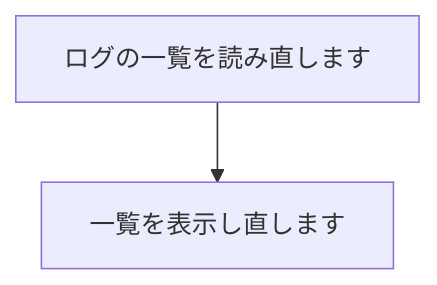
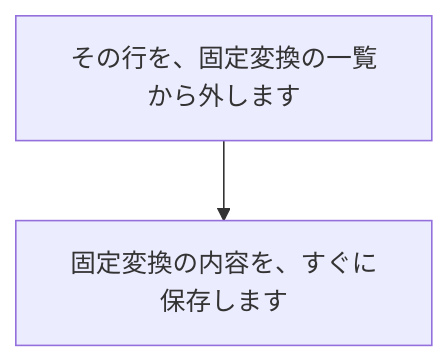
Before and after one commit to nishida2073/project_management: diagram 18 of 33 in tool/smstokintone/doc/02_設計/処理フロー.md, drawn with Mermaid. The commit also changed other lines of this file and 5 other files, not shown here.

````diff
--- a/tool/smstokintone/doc/02_設計/処理フロー.md
+++ b/tool/smstokintone/doc/02_設計/処理フロー.md
@@ -236,4 +311,4 @@
 ```mermaid
 flowchart TD
-  A[ログの一覧を読み直します] --> B[一覧を表示し直します]
+  A["その行を、固定変換の一覧から外します"] --> B["固定変換の内容を、すぐに保存します"]
 ```
````
